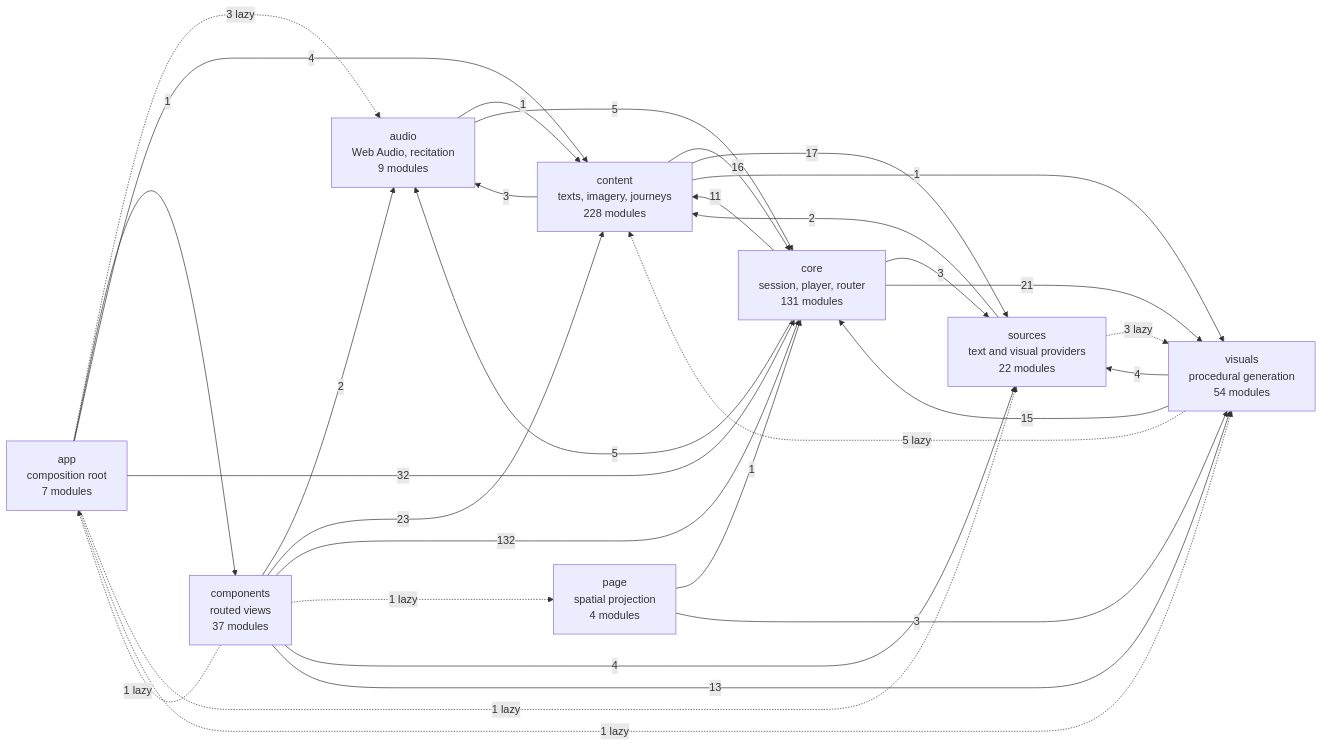
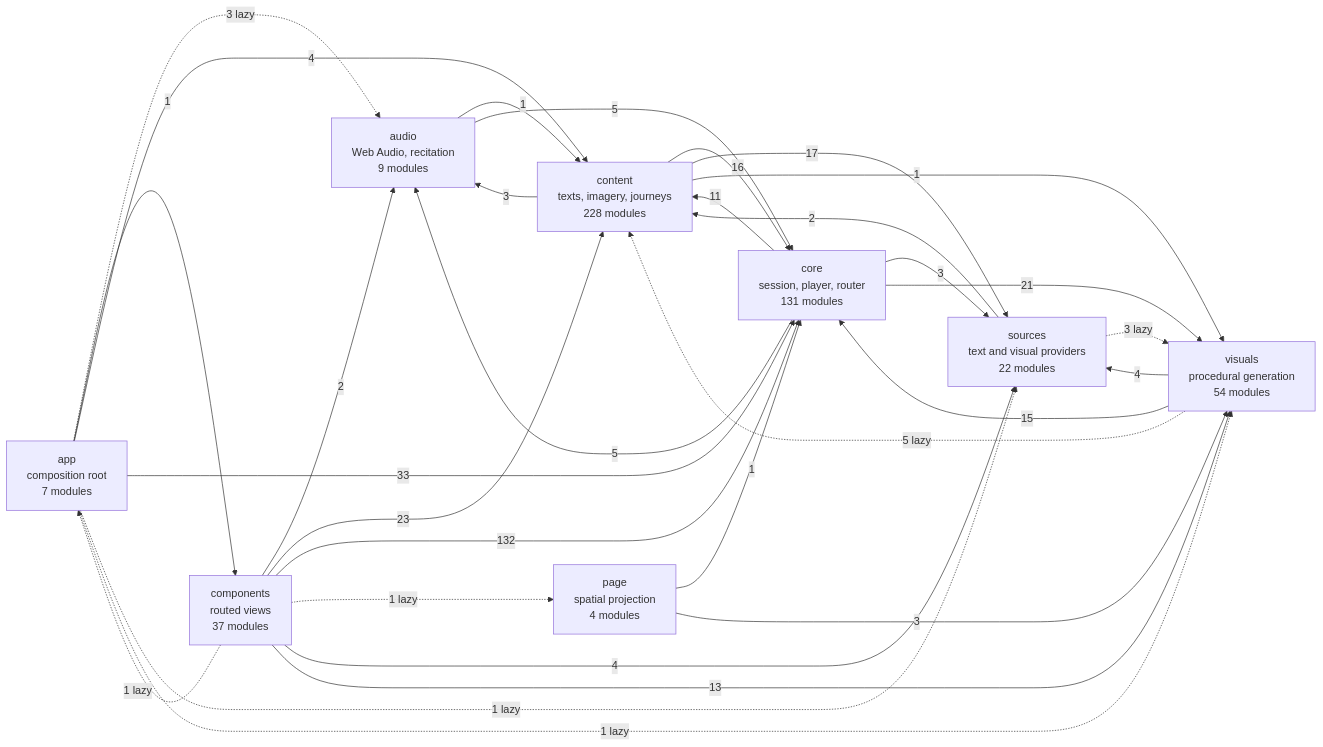
One commit to SyberLabs/RISE changed the diagram in docs/specs/ARCHITECTURE.md. Above: the diagram before and after it, drawn with Mermaid. The commit also changed 17 other files, not shown here.

````diff
--- a/docs/specs/ARCHITECTURE.md
+++ b/docs/specs/ARCHITECTURE.md
@@ -160,42 +160,42 @@
 ```mermaid
 flowchart LR
     app["app<br/>composition root<br/>7 modules"]
     audio["audio<br/>Web Audio, recitation<br/>9 modules"]
     components["components<br/>routed views<br/>37 modules"]
     content["content<br/>texts, imagery, journeys<br/>228 modules"]
     core["core<br/>session, player, router<br/>131 modules"]
     page["page<br/>spatial projection<br/>4 modules"]
     sources["sources<br/>text and visual providers<br/>22 modules"]
     visuals["visuals<br/>procedural generation<br/>54 modules"]
 
     app -.-> |3 lazy| audio
     app --> |1| components
     app --> |4| content
-    app --> |32| core
+    app --> |33| core
     app -.-> |1 lazy| sources
     app -.-> |1 lazy| visuals
     audio --> |1| content
     audio --> |5| core
     components -.-> |1 lazy| app
     components --> |2| audio
     components --> |23| content
     components --> |132| core
     components -.-> |1 lazy| page
     components --> |4| sources
     components --> |13| visuals
     content --> |3| audio
     content --> |16| core
     content --> |17| sources
     content --> |1| visuals
     core --> |5| audio
     core --> |11| content
     core --> |3| sources
     core --> |21| visuals
     page --> |1| core
     page --> |3| visuals
     sources --> |2| content
     sources -.-> |3 lazy| visuals
     visuals -.-> |5 lazy| content
     visuals --> |15| core
     visuals --> |4| sources
 ```
````
